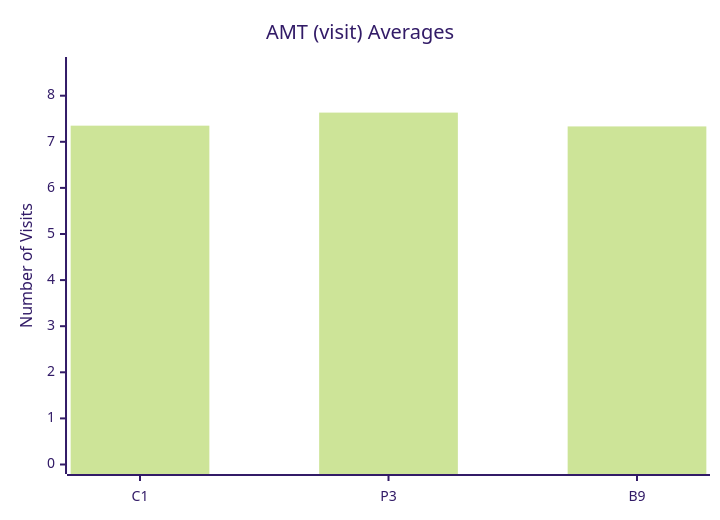
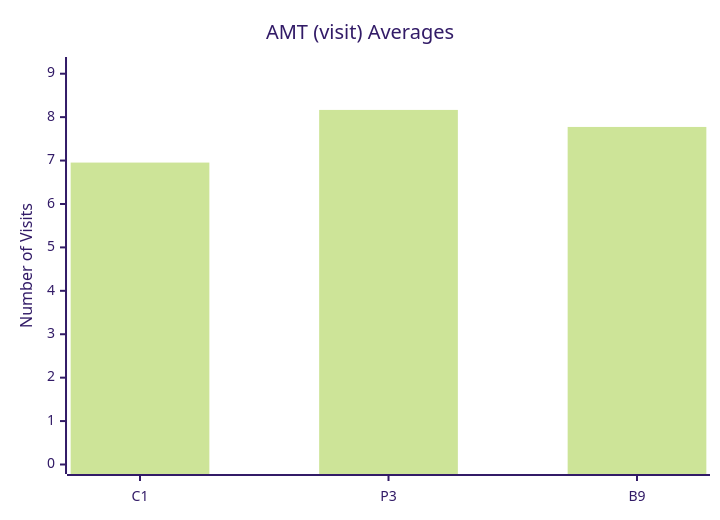
Before and after one commit to dhagan-va/intern-2025: the tenth of 10 diagrams in test-tools/DataGen/src/Statistics_Visualizer.md, drawn with Mermaid (forest theme). The commit also changed other lines of this file and 12 other files, not shown here.

````diff
--- a/test-tools/DataGen/src/Statistics_Visualizer.md
+++ b/test-tools/DataGen/src/Statistics_Visualizer.md
@@ -106,7 +106,7 @@
 ```mermaid
 xychart-beta
     title "AMT (visit) Averages"
     x-axis ["C1", "P3", "B9"]
-    y-axis "Number of Visits" 0 --> 8.633333333333333
-    bar [7.35, 7.633333333333334, 7.333333333333333]
+    y-axis "Number of Visits" 0 --> 9.16611295681063
+    bar [6.953488372093023, 8.16611295681063, 7.774086378737541]
 ```
````
